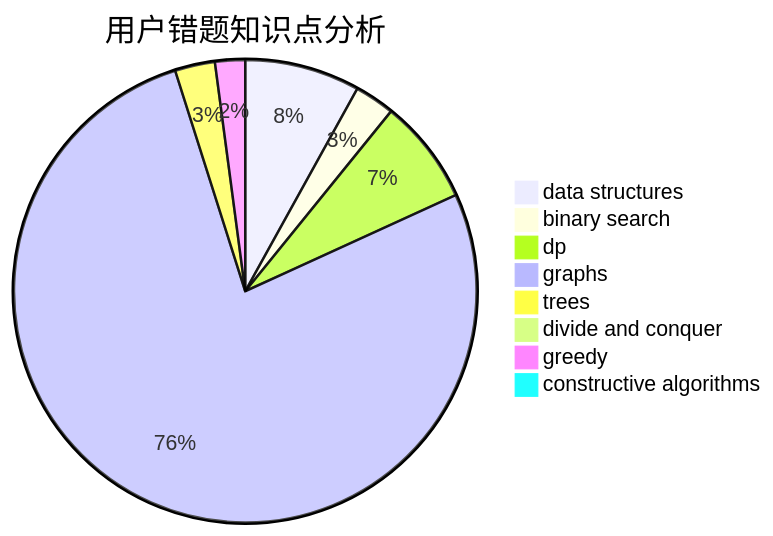
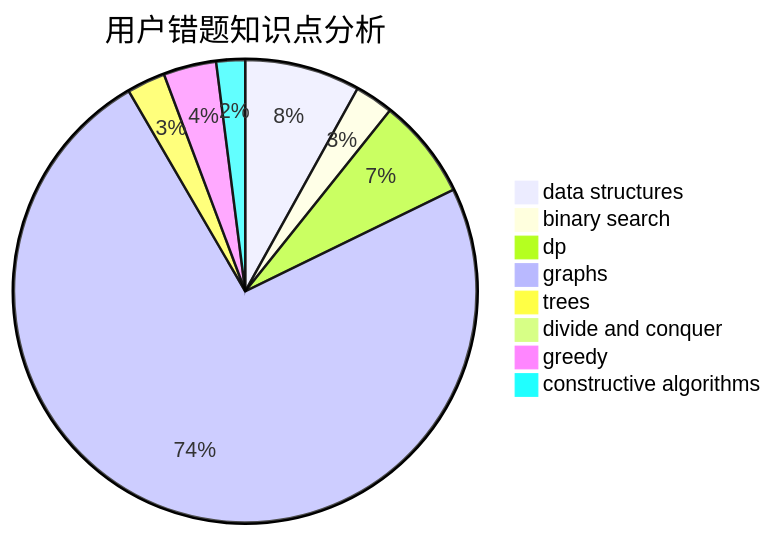
One commit to sherpahu/cfrs.github.io changed the third of 3 diagrams in docs/user/u721.md. Above: the diagram before and after it, drawn with Mermaid. The commit also changed other lines of this file and 2770 other files, not shown here.

````diff
--- a/docs/user/u721.md
+++ b/docs/user/u721.md
@@ -36,11 +36,11 @@
 ```mermaid
 pie title 用户错题知识点分析
-    "data structures" :  23
+    "data structures" :  24
     "binary search" :  8
     "dp" :  21
     "graphs" :  220
     "trees" :  8
     "divide and conquer" :  1
-    "greedy" :  6
-    "constructive algorithms" :  2
+    "greedy" :  11
+    "constructive algorithms" :  6
 ```
````
